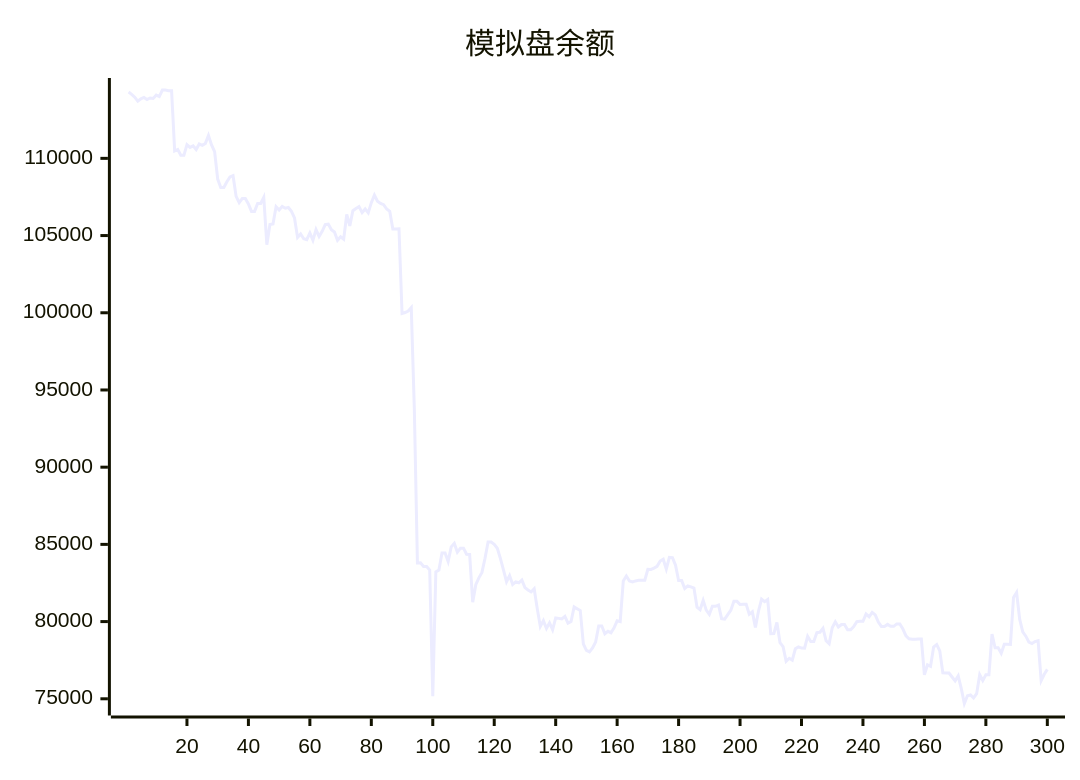
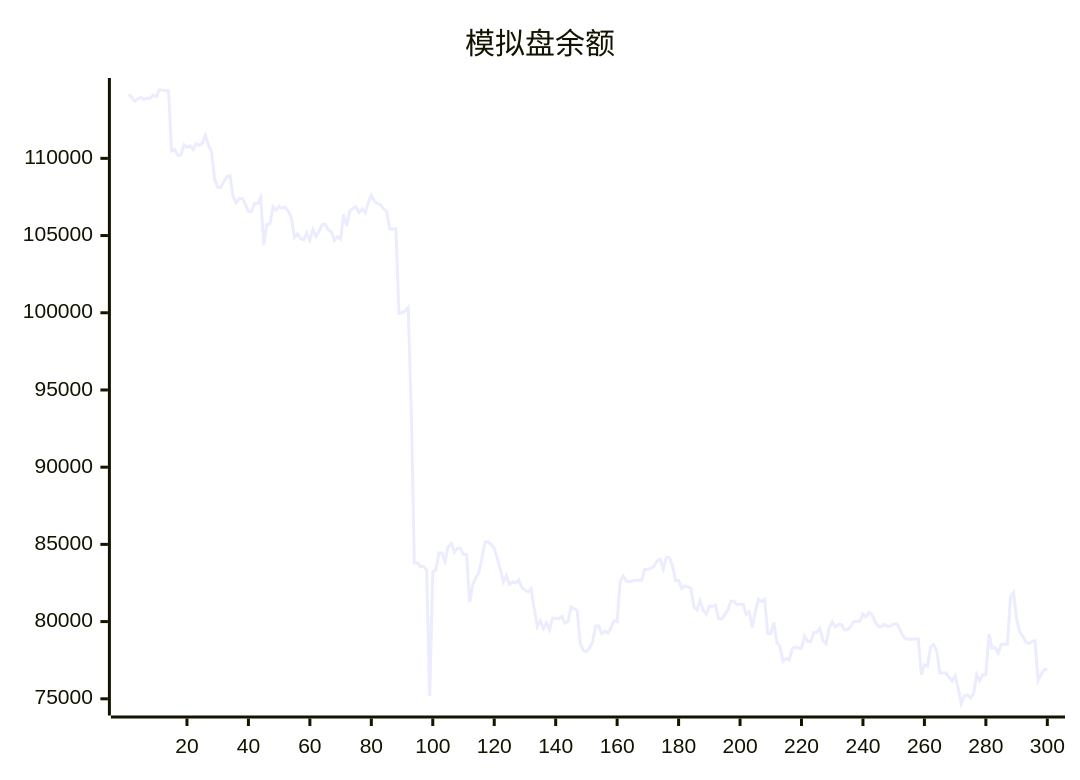
One commit to aahl/ai-trading changed the diagram in README.md. Above: the diagram before and after it, drawn with Mermaid. The commit also changed other lines of this file and 1 other file, not shown here.

````diff
--- a/README.md
+++ b/README.md
@@ -5,5 +5,5 @@
 ```mermaid
 xychart
     title "模拟盘余额"
-    line [114293,114144,113960,113698,113853,113942,113812,113908,113877,114091,113998,114427,114422,114384,114384,110477,110576,110198,110198,110890,110712,110812,110569,110929,110847,110968,111478,110870,110433,108661,108116,108115,108485,108797,108877,107536,107134,107393,107393,107046,106565,106565,107081,107081,107478,104404,105715,105749,106866,106651,106889,106771,106816,106565,106141,104876,105103,104796,104734,105169,104690,105380,104941,105272,105709,105739,105374,105227,104691,104924,104762,106364,105628,106608,106748,106872,106485,106721,106468,107132,107620,107224,107080,107001,106717,106567,105431,105431,105440,99950,100017,100113,100337,93749,83795,83807,83567,83567,83342,75168,83222,83336,84448,84449,83896,84839,85065,84499,84757,84757,84364,84347,81254,82385,82835,83184,84099,85150,85150,85002,84751,84096,83356,82582,82983,82404,82572,82512,82688,82200,82047,81920,82125,80840,79688,80060,79552,79920,79470,80236,80208,80170,80336,79894,80006,80954,80837,80712,78561,78139,78037,78293,78682,79720,79720,79214,79372,79279,79591,80046,79993,82625,82950,82626,82571,82633,82670,82670,82681,83386,83378,83464,83579,83920,84037,83402,84160,84142,83652,82655,82655,82145,82315,82243,82163,80934,80770,81371,80742,80468,80989,80989,81067,80191,80155,80450,80737,81309,81309,81106,81119,81119,80471,80631,79624,80670,81448,81290,81429,79212,79222,79940,78643,78380,77432,77623,77504,78235,78358,78284,78277,79048,78714,78714,79290,79308,79567,78763,78563,79603,79988,79652,79813,79813,79476,79469,79673,79995,80015,80015,80486,80314,80600,80436,79966,79689,79689,79819,79692,79692,79850,79850,79518,79071,78889,78850,78850,78878,78878,76554,77202,77103,78357,78510,78106,76678,76677,76672,76411,76159,76485,75656,74695,75197,75246,75052,75334,76564,76179,76553,76551,79196,78300,78300,77944,78531,78531,78521,81564,81884,80160,79335,79055,78675,78580,78708,78764,76179,76586,76902]
+    line [114144,113960,113698,113853,113942,113812,113908,113877,114091,113998,114427,114422,114384,114384,110477,110576,110198,110198,110890,110712,110812,110569,110929,110847,110968,111478,110870,110433,108661,108116,108115,108485,108797,108877,107536,107134,107393,107393,107046,106565,106565,107081,107081,107478,104404,105715,105749,106866,106651,106889,106771,106816,106565,106141,104876,105103,104796,104734,105169,104690,105380,104941,105272,105709,105739,105374,105227,104691,104924,104762,106364,105628,106608,106748,106872,106485,106721,106468,107132,107620,107224,107080,107001,106717,106567,105431,105431,105440,99950,100017,100113,100337,93749,83795,83807,83567,83567,83342,75168,83222,83336,84448,84449,83896,84839,85065,84499,84757,84757,84364,84347,81254,82385,82835,83184,84099,85150,85150,85002,84751,84096,83356,82582,82983,82404,82572,82512,82688,82200,82047,81920,82125,80840,79688,80060,79552,79920,79470,80236,80208,80170,80336,79894,80006,80954,80837,80712,78561,78139,78037,78293,78682,79720,79720,79214,79372,79279,79591,80046,79993,82625,82950,82626,82571,82633,82670,82670,82681,83386,83378,83464,83579,83920,84037,83402,84160,84142,83652,82655,82655,82145,82315,82243,82163,80934,80770,81371,80742,80468,80989,80989,81067,80191,80155,80450,80737,81309,81309,81106,81119,81119,80471,80631,79624,80670,81448,81290,81429,79212,79222,79940,78643,78380,77432,77623,77504,78235,78358,78284,78277,79048,78714,78714,79290,79308,79567,78763,78563,79603,79988,79652,79813,79813,79476,79469,79673,79995,80015,80015,80486,80314,80600,80436,79966,79689,79689,79819,79692,79692,79850,79850,79518,79071,78889,78850,78850,78878,78878,76554,77202,77103,78357,78510,78106,76678,76677,76672,76411,76159,76485,75656,74695,75197,75246,75052,75334,76564,76179,76553,76551,79196,78300,78300,77944,78531,78531,78521,81564,81884,80160,79335,79055,78675,78580,78708,78764,76179,76586,76902,76876]
 ```
````
